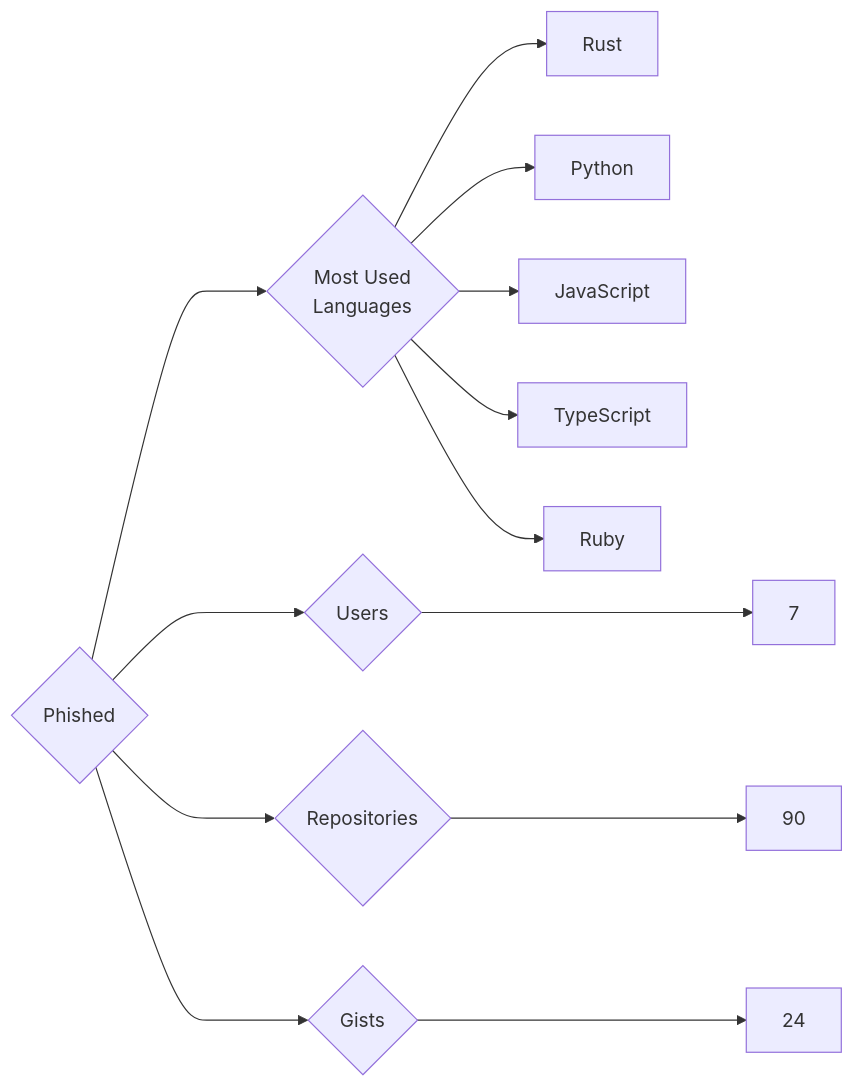
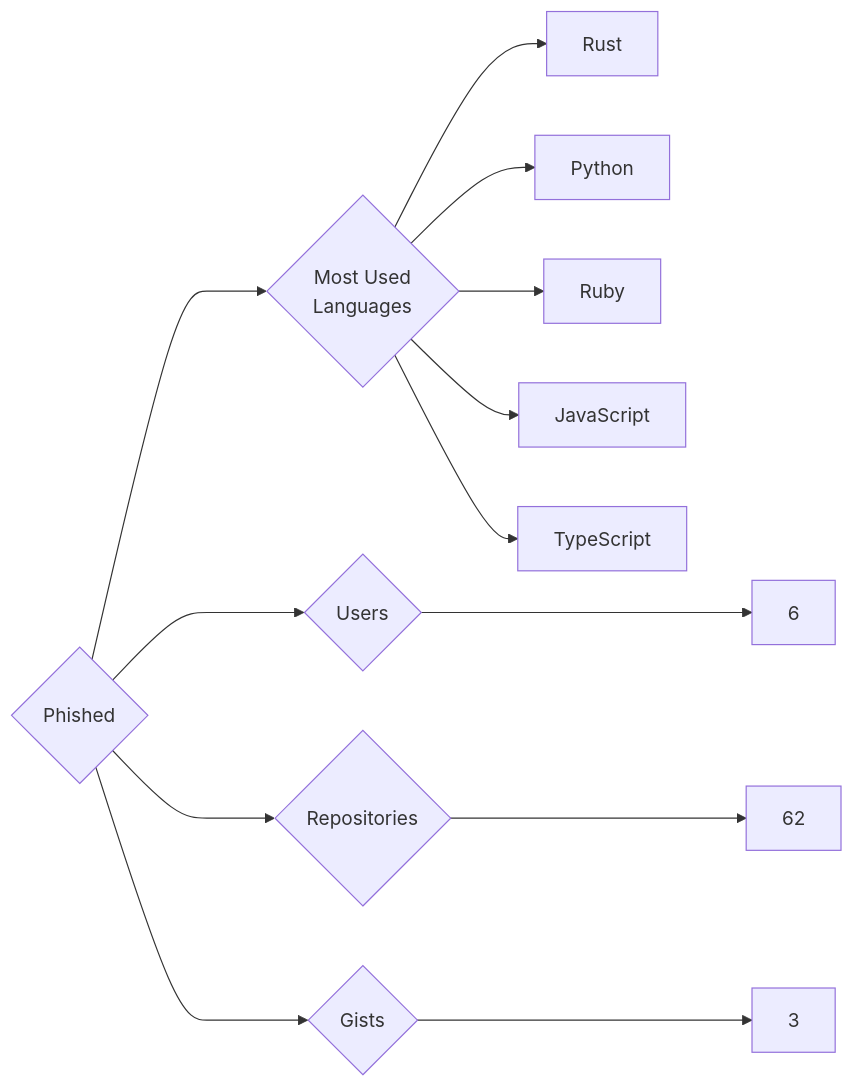
Before and after one commit to trickest/insiders: the diagram in targets/Phished/README.md, drawn with Mermaid. The commit also changed 1484 other files, not shown here.

````diff
--- a/targets/Phished/README.md
+++ b/targets/Phished/README.md
@@ -3,13 +3,13 @@
 ```mermaid
 graph LR
 COMPANY_NAME{Phished}
-COMPANY_NAME ---> U{Users} ---> UN[7]
-COMPANY_NAME ---> R{Repositories} ---> RN[90]
-COMPANY_NAME ---> G{Gists} ---> GN[24]
+COMPANY_NAME ---> U{Users} ---> UN[6]
+COMPANY_NAME ---> R{Repositories} ---> RN[62]
+COMPANY_NAME ---> G{Gists} ---> GN[3]
 COMPANY_NAME ---> ML{Most Used<br>Languages}
 ML --> Rust[Rust]
 ML --> Python[Python]
+ML --> Ruby[Ruby]
 ML --> JavaScript[JavaScript]
 ML --> TypeScript[TypeScript]
-ML --> Ruby[Ruby]
 ```
````
